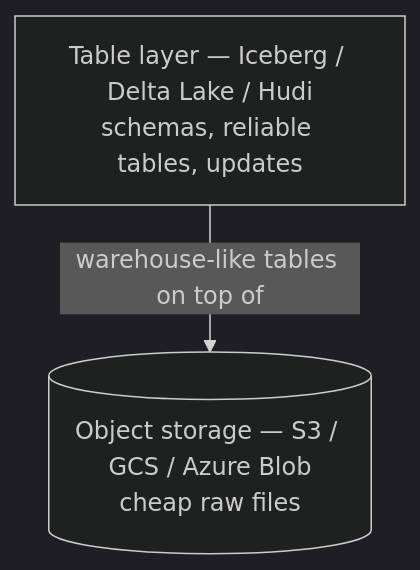
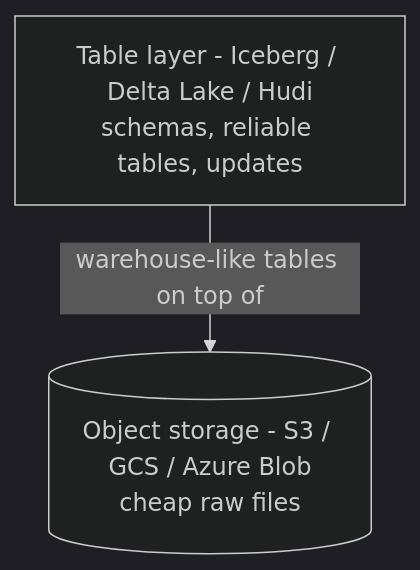
Before and after one commit to Topurrra/themissingmanual: the diagram in guides/data-analytics/warehouses-vs-lakes/02-the-lake-and-lakehouse.md, drawn with Mermaid (dark theme). The commit also changed other lines of this file and 1009 other files, not shown here.

````diff
--- a/guides/data-analytics/warehouses-vs-lakes/02-the-lake-and-lakehouse.md
+++ b/guides/data-analytics/warehouses-vs-lakes/02-the-lake-and-lakehouse.md
@@ -137,6 +137,6 @@
 ```mermaid
 flowchart TD
-  table["Table layer — Iceberg / Delta Lake / Hudi<br/>schemas, reliable tables, updates"]
-  store[("Object storage — S3 / GCS / Azure Blob<br/>cheap raw files")]
+  table["Table layer - Iceberg / Delta Lake / Hudi<br/>schemas, reliable tables, updates"]
+  store[("Object storage - S3 / GCS / Azure Blob<br/>cheap raw files")]
   table -->|warehouse-like tables on top of| store
 ```
````
